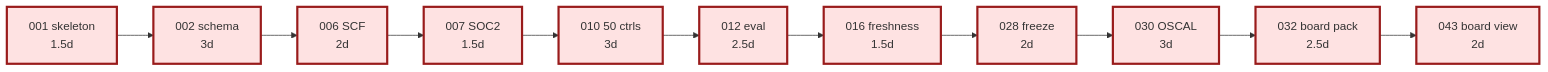
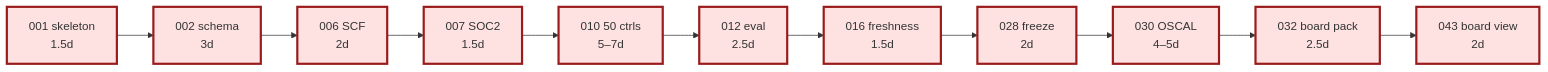
One commit to mgoodric/security-atlas changed the second of 3 diagrams in docs/issues/_DEPENDENCY_GRAPH.md. Above: the diagram before and after it, drawn with Mermaid. The commit also changed other lines of this file and 11 other files, not shown here.

````diff
--- a/docs/issues/_DEPENDENCY_GRAPH.md
+++ b/docs/issues/_DEPENDENCY_GRAPH.md
@@ -237,16 +257,16 @@
 ```mermaid
 graph LR
     I001[001 skeleton<br/>1.5d] --> I002[002 schema<br/>3d]
     I002 --> I006[006 SCF<br/>2d]
     I006 --> I007[007 SOC2<br/>1.5d]
-    I007 --> I010[010 50 ctrls<br/>3d]
+    I007 --> I010[010 50 ctrls<br/>5–7d]
     I010 --> I012[012 eval<br/>2.5d]
     I012 --> I016[016 freshness<br/>1.5d]
     I016 --> I028[028 freeze<br/>2d]
-    I028 --> I030[030 OSCAL<br/>3d]
+    I028 --> I030[030 OSCAL<br/>4–5d]
     I030 --> I032[032 board pack<br/>2.5d]
     I032 --> I043[043 board view<br/>2d]
 
     classDef critical fill:#fee2e2,stroke:#991b1b,stroke-width:3px
     class I001,I002,I006,I007,I010,I012,I016,I028,I030,I032,I043 critical
 ```
````
